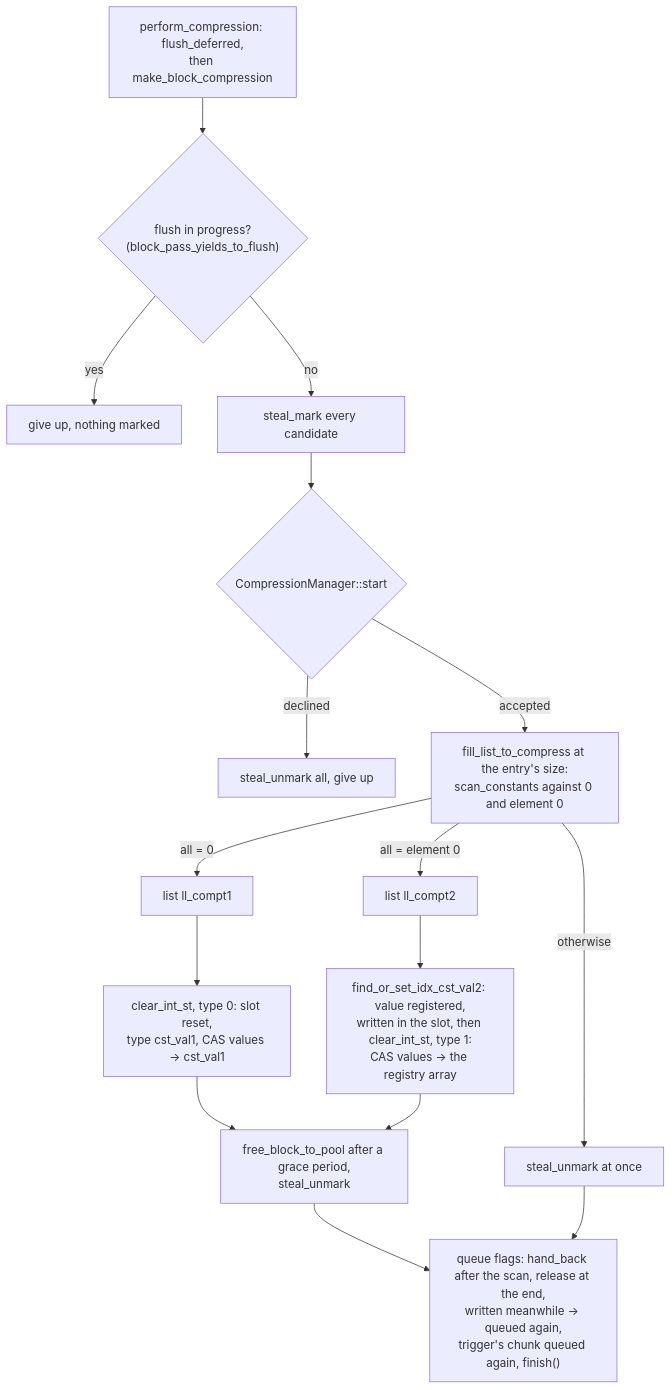
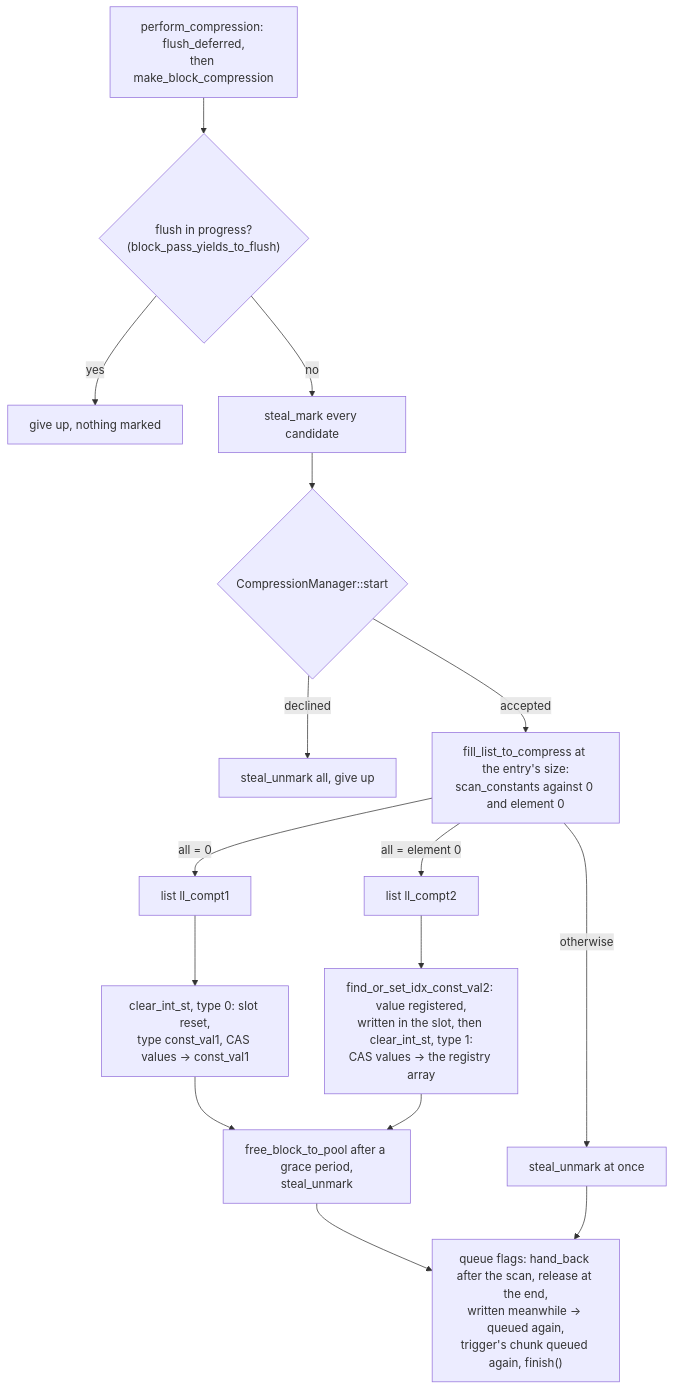
The first of 2 diagrams in docs/algo_zero_any.md (cea-hpc/shrink-array), drawn with Mermaid before and after one commit. The commit also changed other lines of this file and 108 other files, not shown here.

First line of the commit message:
French names in English (4/4): cst (constante) is const

````diff
--- a/docs/algo_zero_any.md
+++ b/docs/algo_zero_any.md
@@ -133,18 +133,18 @@
 ```mermaid
 flowchart TD
     A["perform_compression: flush_deferred,<br/>then make_block_compression"] --> B{"flush in progress?<br/>(block_pass_yields_to_flush)"}
     B -->|yes| B1["give up, nothing marked"]
     B -->|no| C["steal_mark every candidate"]
     C --> D{"CompressionManager::start"}
     D -->|declined| D1["steal_unmark all, give up"]
     D -->|accepted| E["fill_list_to_compress at the entry's size:<br/>scan_constants against 0 and element 0"]
     E -->|"all = 0"| F["list ll_compt1"]
     E -->|"all = element 0"| G["list ll_compt2"]
     E -->|"otherwise"| N["steal_unmark at once"]
-    F --> F1["clear_int_st, type 0: slot reset,<br/>type cst_val1, CAS values -> cst_val1"]
-    G --> G1["find_or_set_idx_cst_val2: value registered,<br/>written in the slot, then clear_int_st, type 1:<br/>CAS values -> the registry array"]
+    F --> F1["clear_int_st, type 0: slot reset,<br/>type const_val1, CAS values -> const_val1"]
+    G --> G1["find_or_set_idx_const_val2: value registered,<br/>written in the slot, then clear_int_st, type 1:<br/>CAS values -> the registry array"]
     F1 --> R["free_block_to_pool after a grace period,<br/>steal_unmark"]
     G1 --> R
     R --> K["queue flags: hand_back after the scan, release at the end,<br/>written meanwhile -> queued again,<br/>trigger's chunk queued again, finish()"]
     N --> K
 ```
````
